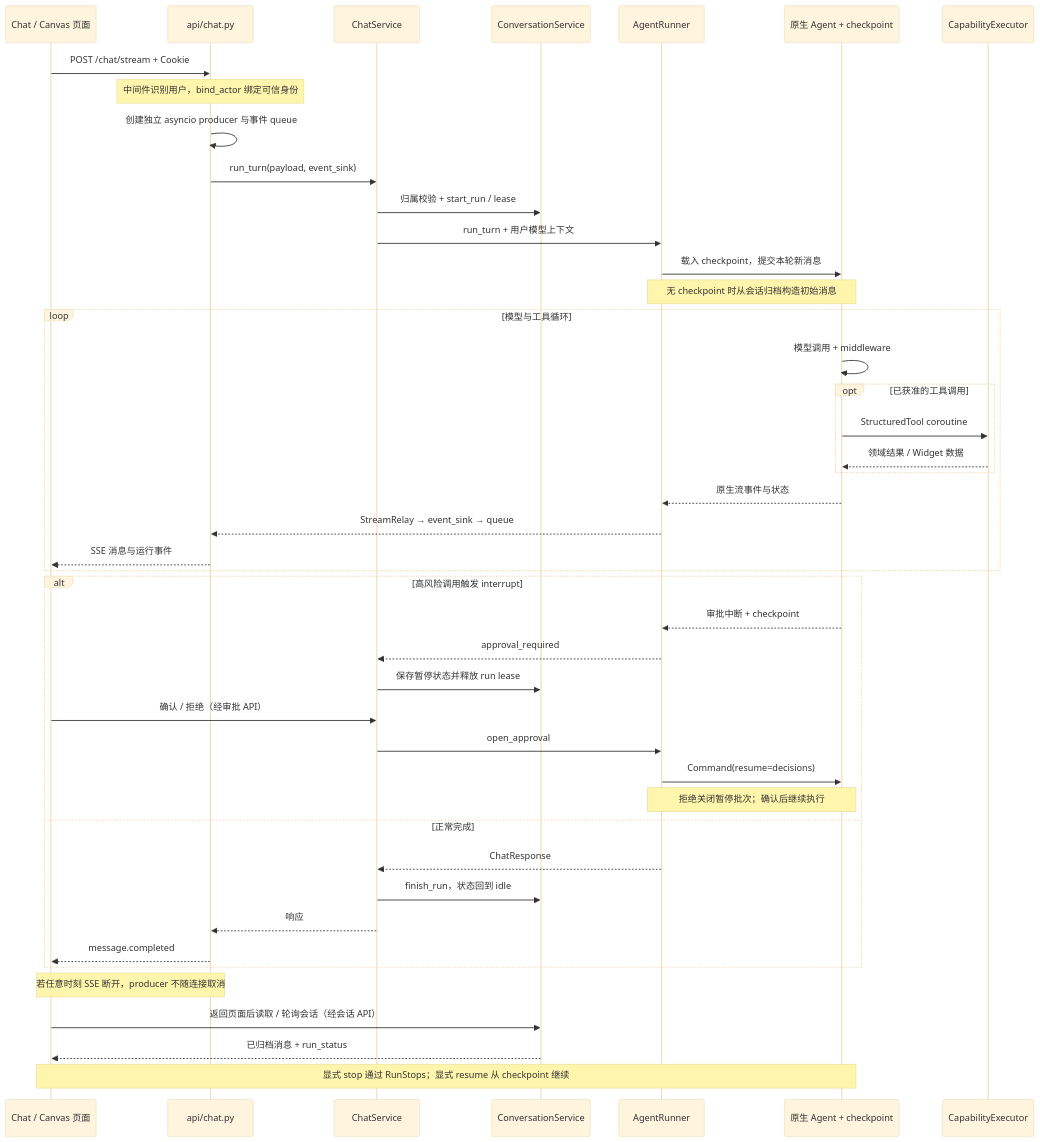
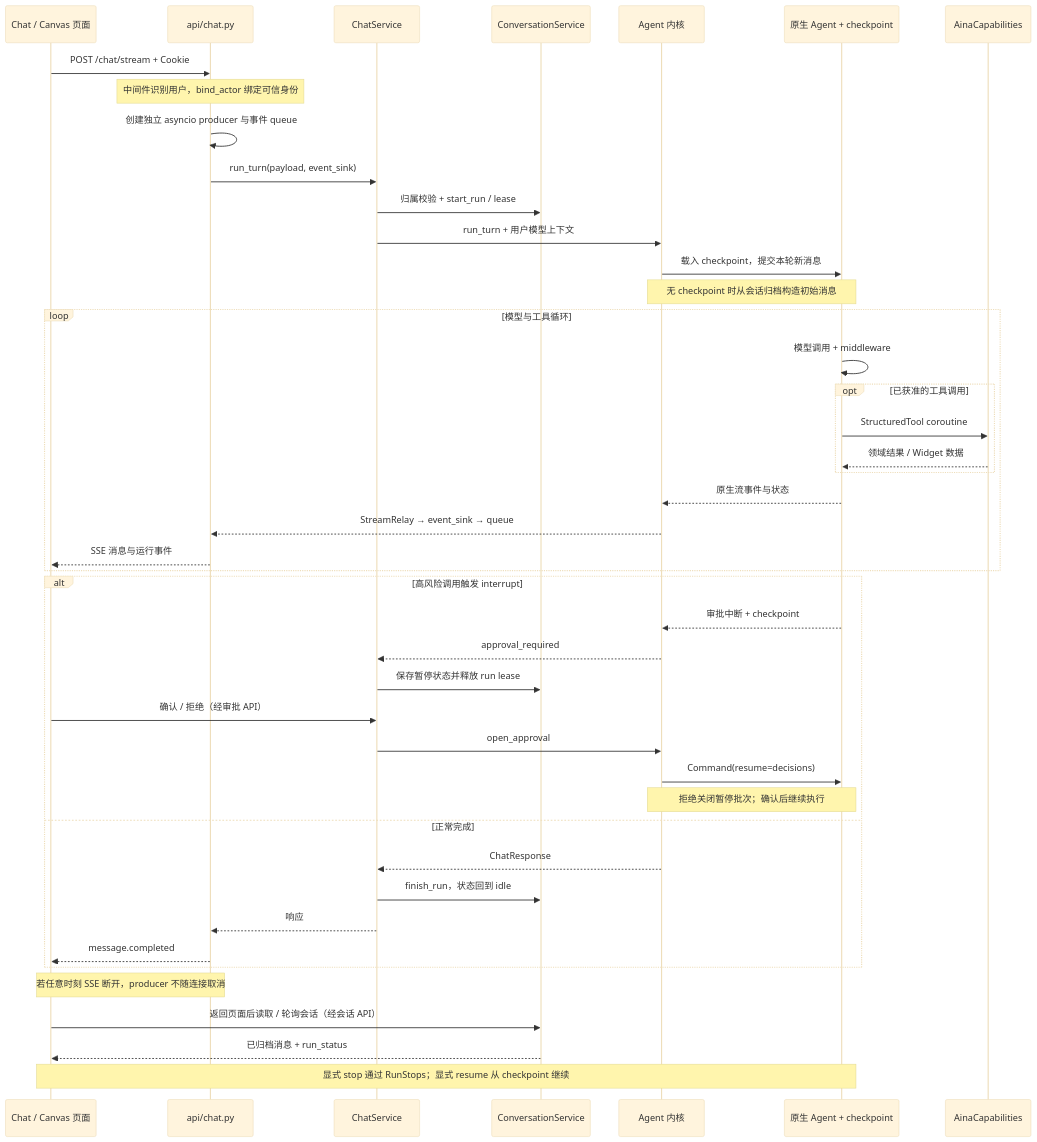
Before and after one commit to Tianzhou-Agent/Unibot: the sixth of 6 diagrams in docs/code-boundaries.md, drawn with Mermaid (base theme). The commit also changed other lines of this file and 72 other files, not shown here.

````diff
--- a/docs/code-boundaries.md
+++ b/docs/code-boundaries.md
@@ -290,47 +292,47 @@
 ```mermaid
 sequenceDiagram
     participant UI as Chat / Canvas 页面
     participant API as api/chat.py
     participant Chat as ChatService
     participant Conv as ConversationService
-    participant Runner as AgentRunner
+    participant Runner as Agent 内核
     participant Graph as 原生 Agent + checkpoint
-    participant Tool as CapabilityExecutor
+    participant Tool as AinaCapabilities
 
     UI->>API: POST /chat/stream + Cookie
     Note over API: 中间件识别用户，bind_actor 绑定可信身份
     API->>API: 创建独立 asyncio producer 与事件 queue
     API->>Chat: run_turn(payload, event_sink)
     Chat->>Conv: 归属校验 + start_run / lease
     Chat->>Runner: run_turn + 用户模型上下文
     Runner->>Graph: 载入 checkpoint，提交本轮新消息
     Note over Runner,Graph: 无 checkpoint 时从会话归档构造初始消息
     loop 模型与工具循环
         Graph->>Graph: 模型调用 + middleware
         opt 已获准的工具调用
             Graph->>Tool: StructuredTool coroutine
             Tool-->>Graph: 领域结果 / Widget 数据
         end
         Graph-->>Runner: 原生流事件与状态
         Runner-->>API: StreamRelay → event_sink → queue
         API-->>UI: SSE 消息与运行事件
     end
     alt 高风险调用触发 interrupt
         Graph-->>Runner: 审批中断 + checkpoint
         Runner-->>Chat: approval_required
         Chat->>Conv: 保存暂停状态并释放 run lease
         UI->>Chat: 确认 / 拒绝（经审批 API）
         Chat->>Runner: open_approval
         Runner->>Graph: Command(resume=decisions)
         Note over Runner,Graph: 拒绝关闭暂停批次；确认后继续执行
     else 正常完成
         Runner-->>Chat: ChatResponse
         Chat->>Conv: finish_run，状态回到 idle
         Chat-->>API: 响应
         API-->>UI: message.completed
     end
     Note over UI,API: 若任意时刻 SSE 断开，producer 不随连接取消
     UI->>Conv: 返回页面后读取 / 轮询会话（经会话 API）
     Conv-->>UI: 已归档消息 + run_status
     Note over UI,Graph: 显式 stop 通过 RunStops；显式 resume 从 checkpoint 继续
 ```
````
